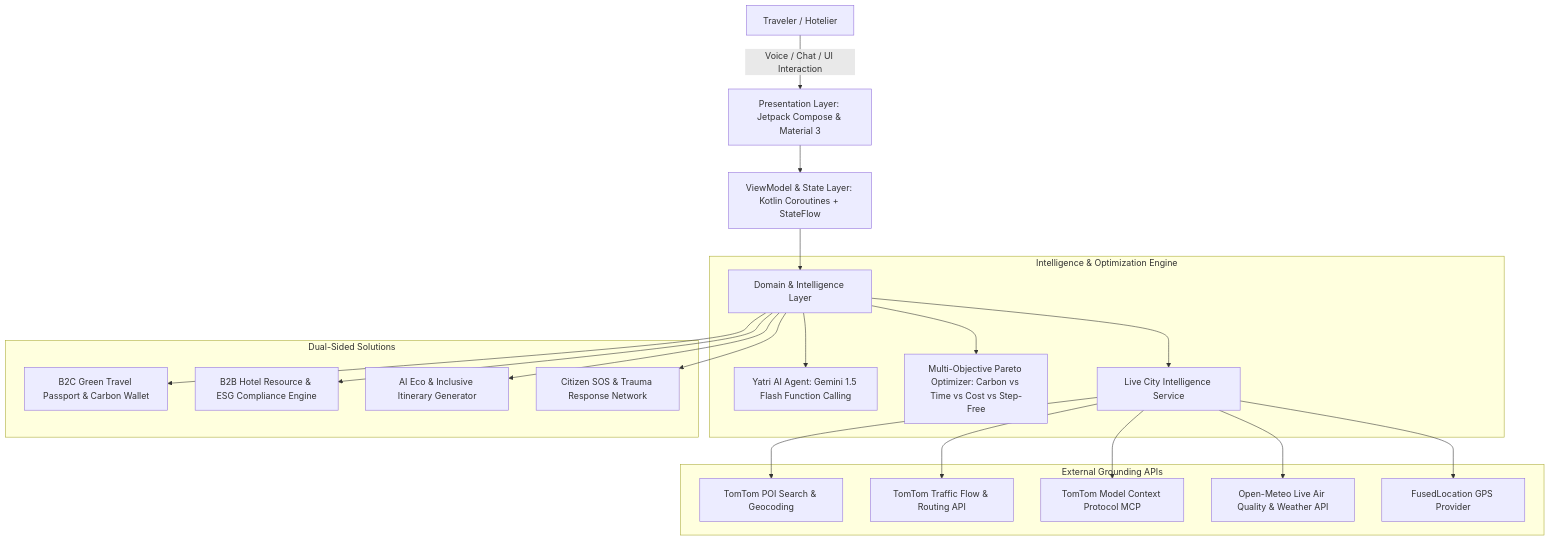
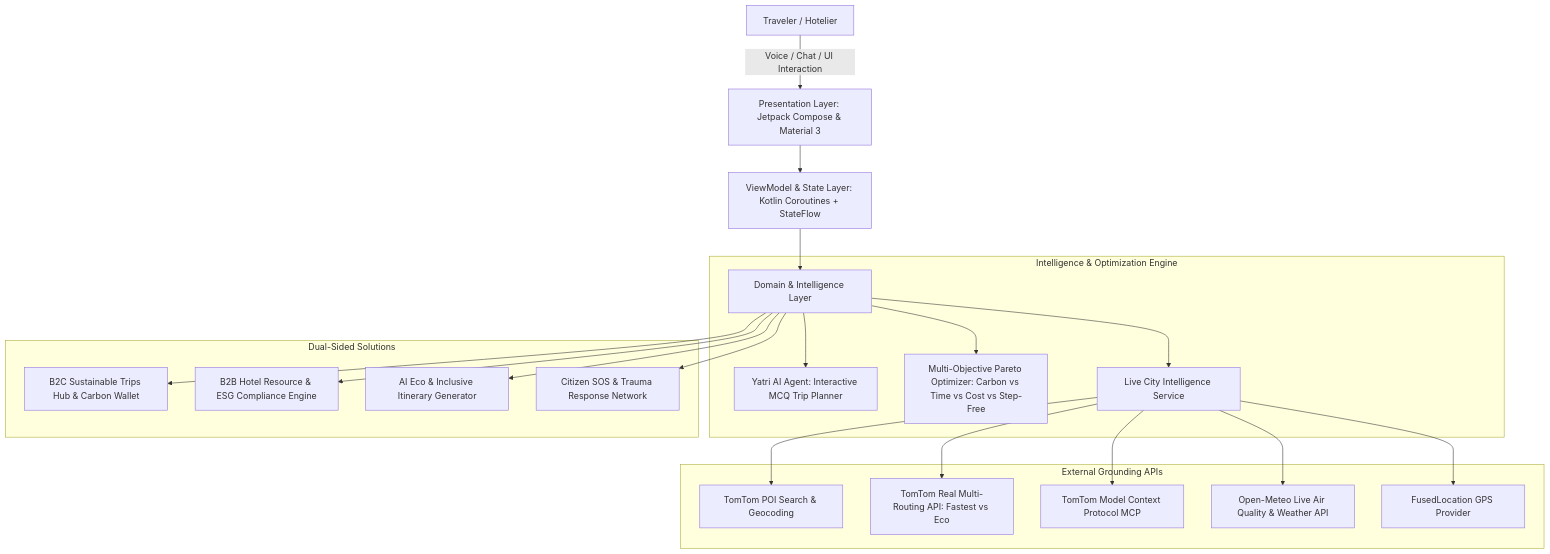
One commit to SatyamPandey-07/Urban-Pulse changed the diagram in README.md. Above: the diagram before and after it, drawn with Mermaid. The commit also changed other lines of this file, not shown here.

Commit message:
docs: finalize README.md with complete release notes for Trips hub, MCQ trip planner, and authentic transit formulas

````diff
--- a/README.md
+++ b/README.md
@@ -43,27 +52,27 @@
 ```mermaid
 graph TD
     A[Traveler / Hotelier] -->|Voice / Chat / UI Interaction| B[Presentation Layer: Jetpack Compose & Material 3]
     B --> C[ViewModel & State Layer: Kotlin Coroutines + StateFlow]
     C --> D[Domain & Intelligence Layer]
     
     subgraph Intelligence & Optimization Engine
-        D --> E[Yatri AI Agent: Gemini 1.5 Flash Function Calling]
+        D --> E[Yatri AI Agent: Interactive MCQ Trip Planner]
         D --> F[Multi-Objective Pareto Optimizer: Carbon vs Time vs Cost vs Step-Free]
         D --> G[Live City Intelligence Service]
     end
 
     subgraph External Grounding APIs
         G --> H[TomTom POI Search & Geocoding]
-        G --> I[TomTom Traffic Flow & Routing API]
+        G --> I[TomTom Real Multi-Routing API: Fastest vs Eco]
         G --> J[TomTom Model Context Protocol MCP]
         G --> K[Open-Meteo Live Air Quality & Weather API]
         G --> L[FusedLocation GPS Provider]
     end
 
     subgraph Dual-Sided Solutions
-        D --> M[B2C Green Travel Passport & Carbon Wallet]
+        D --> M[B2C Sustainable Trips Hub & Carbon Wallet]
         D --> N[B2B Hotel Resource & ESG Compliance Engine]
         D --> O[AI Eco & Inclusive Itinerary Generator]
         D --> P[Citizen SOS & Trauma Response Network]
     end
 ```
````
